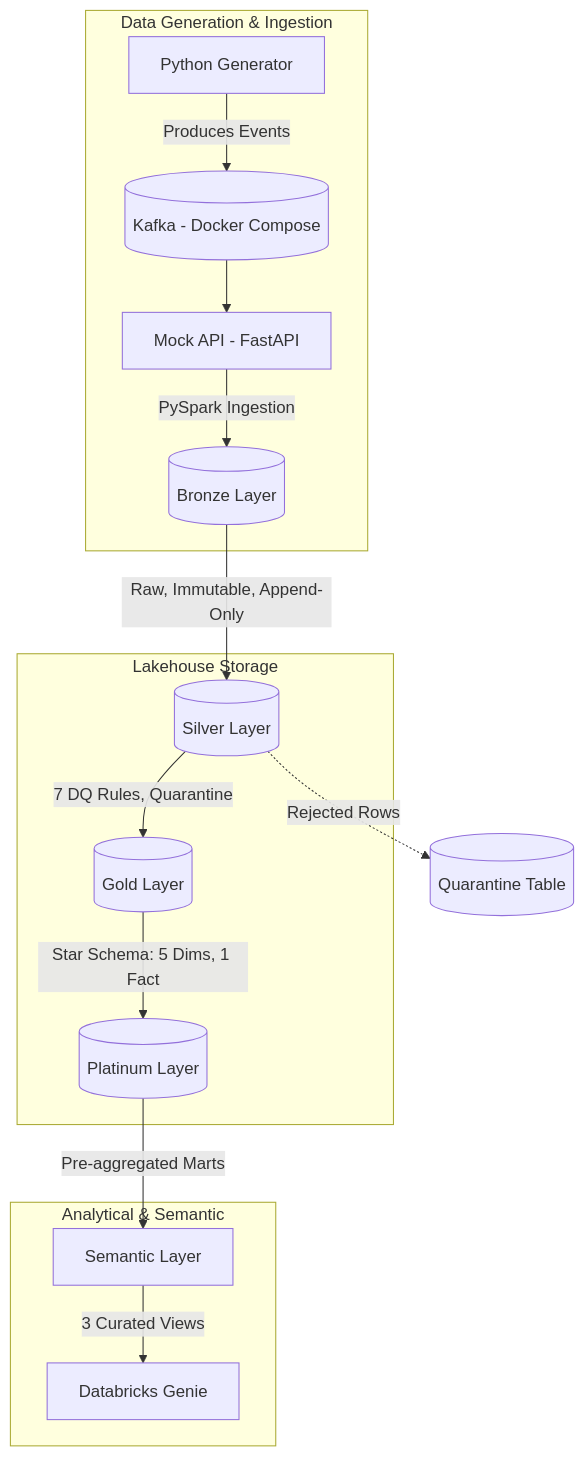
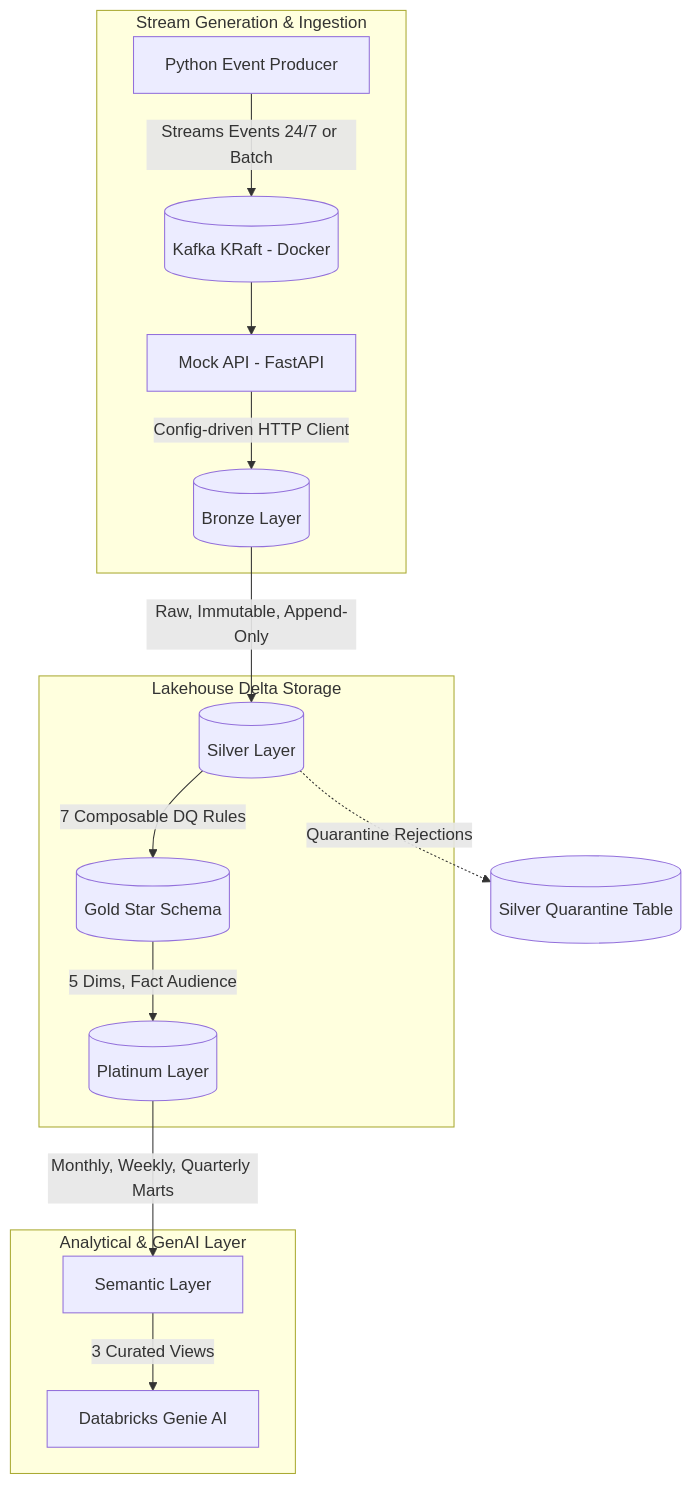
Before and after one commit to abhayamanpandey-max/Real-Time-Media-Analytics-Lakehouse: the diagram in README.md, drawn with Mermaid. The commit also changed other lines of this file, not shown here.

Commit message:
docs: update README.md with multi-quarter analytics, 3-hour Databricks workflow schedule, 24/7 generator streaming modes, and 100% Genie verification status

````diff
--- a/README.md
+++ b/README.md
@@ -28,21 +30,21 @@
 ```mermaid
 flowchart TD
-    subgraph Data Generation & Ingestion
-        G[Python Generator] -->|Produces Events| K[(Kafka - Docker Compose)]
+    subgraph Stream Generation & Ingestion
+        G[Python Event Producer] -->|Streams Events 24/7 or Batch| K[(Kafka KRaft - Docker)]
         K --> M[Mock API - FastAPI]
-        M -->|PySpark Ingestion| B[(Bronze Layer)]
+        M -->|Config-driven HTTP Client| B[(Bronze Layer)]
     end
 
-    subgraph Lakehouse Storage
+    subgraph Lakehouse Delta Storage
         B -->|Raw, Immutable, Append-Only| S[(Silver Layer)]
-        S -->|7 DQ Rules, Quarantine| G_L[(Gold Layer)]
-        G_L -->|Star Schema: 5 Dims, 1 Fact| P[(Platinum Layer)]
+        S -->|7 Composable DQ Rules| G_L[(Gold Star Schema)]
+        G_L -->|5 Dims, Fact Audience| P[(Platinum Layer)]
     end
 
-    subgraph Analytical & Semantic
-        P -->|Pre-aggregated Marts| Sem[Semantic Layer]
-        Sem -->|3 Curated Views| Genie[Databricks Genie]
+    subgraph Analytical & GenAI Layer
+        P -->|Monthly, Weekly, Quarterly Marts| Sem[Semantic Layer]
+        Sem -->|3 Curated Views| Genie[Databricks Genie AI]
     end
 
-    S -.->|Rejected Rows| Q[(Quarantine Table)]
+    S -.->|Quarantine Rejections| Q[(Silver Quarantine Table)]
 ```
````
